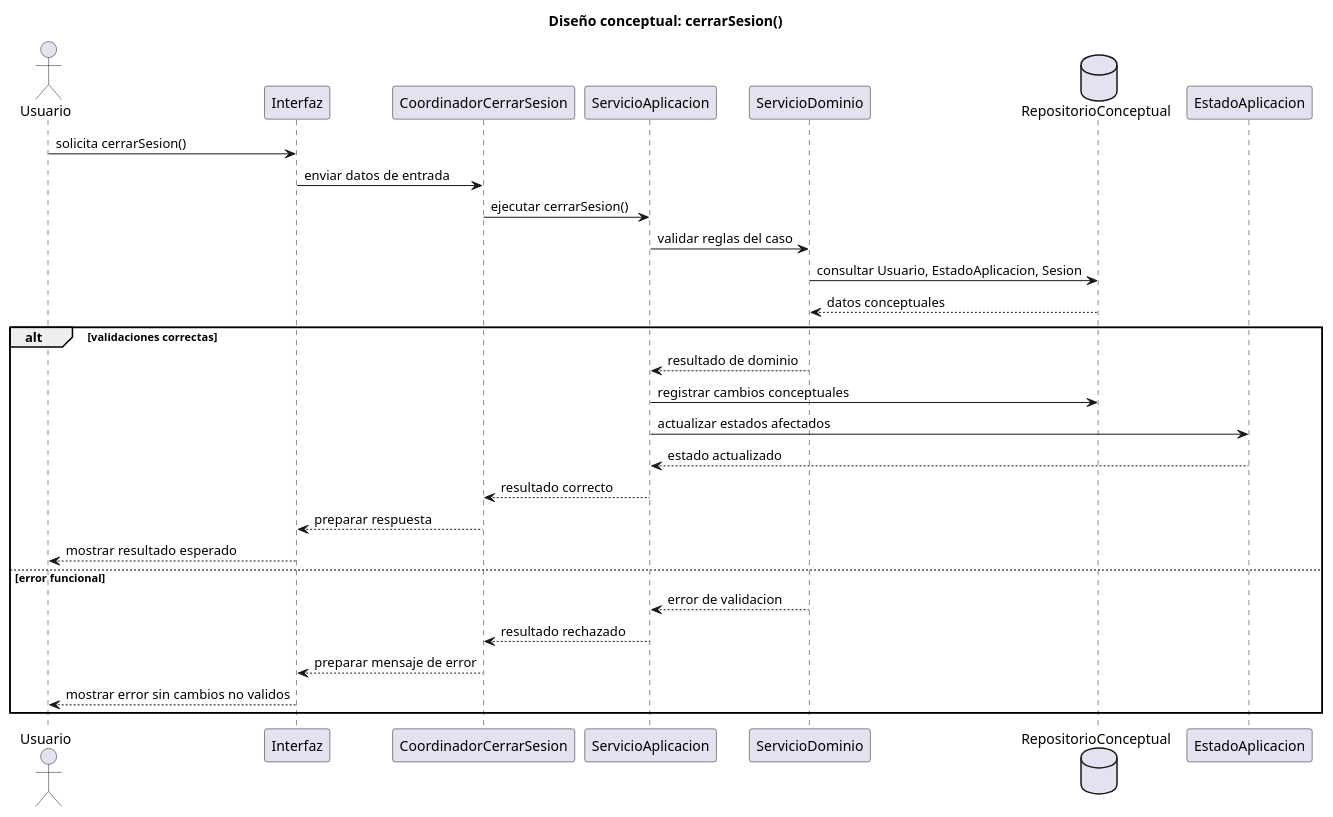
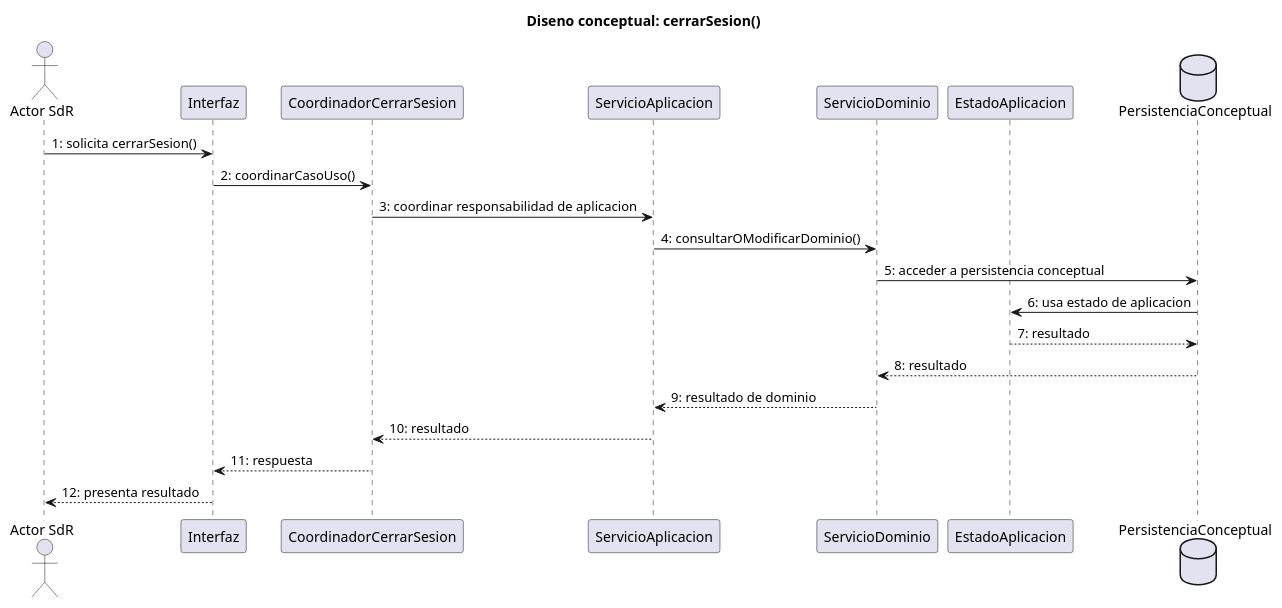
The diagram in documents/RUP/02-diseño/casos-uso/gestion-sesion/cerrarSesion/README.md (inigovaqueroo04/25-26-idsw2-sdVC), drawn with PlantUML before and after one commit. The commit also changed other lines of this file and 24 other files, not shown here.

Commit message:
docs: validar trazabilidad integral de diseno

````diff
--- a/documents/RUP/02-diseño/casos-uso/gestion-sesion/cerrarSesion/README.md
+++ b/documents/RUP/02-diseño/casos-uso/gestion-sesion/cerrarSesion/README.md
@@ -83,36 +85,27 @@
 ```plantuml
 @startuml cerrarSesion-diseno-secuencia
-title Diseño conceptual: cerrarSesion()
+title Diseno conceptual: cerrarSesion()
 
-actor "Usuario" as Usuario
+actor "Actor SdR" as Actor
 participant "Interfaz" as Interfaz
 participant "CoordinadorCerrarSesion" as Coordinador
 participant "ServicioAplicacion" as ServicioAplicacion
 participant "ServicioDominio" as ServicioDominio
-database "RepositorioConceptual" as Repositorio
 participant "EstadoAplicacion" as EstadoAplicacion
+database "PersistenciaConceptual" as Persistencia
 
-Usuario -> Interfaz : solicita cerrarSesion()
-Interfaz -> Coordinador : enviar datos de entrada
-Coordinador -> ServicioAplicacion : ejecutar cerrarSesion()
-ServicioAplicacion -> ServicioDominio : validar reglas del caso
-ServicioDominio -> Repositorio : consultar Usuario, EstadoAplicacion, Sesion
-Repositorio --> ServicioDominio : datos conceptuales
-
-alt validaciones correctas
-  ServicioDominio --> ServicioAplicacion : resultado de dominio
-  ServicioAplicacion -> Repositorio : registrar cambios conceptuales
-  ServicioAplicacion -> EstadoAplicacion : actualizar estados afectados
-  EstadoAplicacion --> ServicioAplicacion : estado actualizado
-  ServicioAplicacion --> Coordinador : resultado correcto
-  Coordinador --> Interfaz : preparar respuesta
-  Interfaz --> Usuario : mostrar resultado esperado
-else error funcional
-  ServicioDominio --> ServicioAplicacion : error de validacion
-  ServicioAplicacion --> Coordinador : resultado rechazado
-  Coordinador --> Interfaz : preparar mensaje de error
-  Interfaz --> Usuario : mostrar error sin cambios no validos
-end
+Actor -> Interfaz : 1: solicita cerrarSesion()
+Interfaz -> Coordinador : 2: coordinarCasoUso()
+Coordinador -> ServicioAplicacion : 3: coordinar responsabilidad de aplicacion
+ServicioAplicacion -> ServicioDominio : 4: consultarOModificarDominio()
+ServicioDominio -> Persistencia : 5: acceder a persistencia conceptual
+Persistencia -> EstadoAplicacion : 6: usa estado de aplicacion
+EstadoAplicacion --> Persistencia : 7: resultado
+Persistencia --> ServicioDominio : 8: resultado
+ServicioDominio --> ServicioAplicacion : 9: resultado de dominio
+ServicioAplicacion --> Coordinador : 10: resultado
+Coordinador --> Interfaz : 11: respuesta
+Interfaz --> Actor : 12: presenta resultado
 
 @enduml
 ```
````
